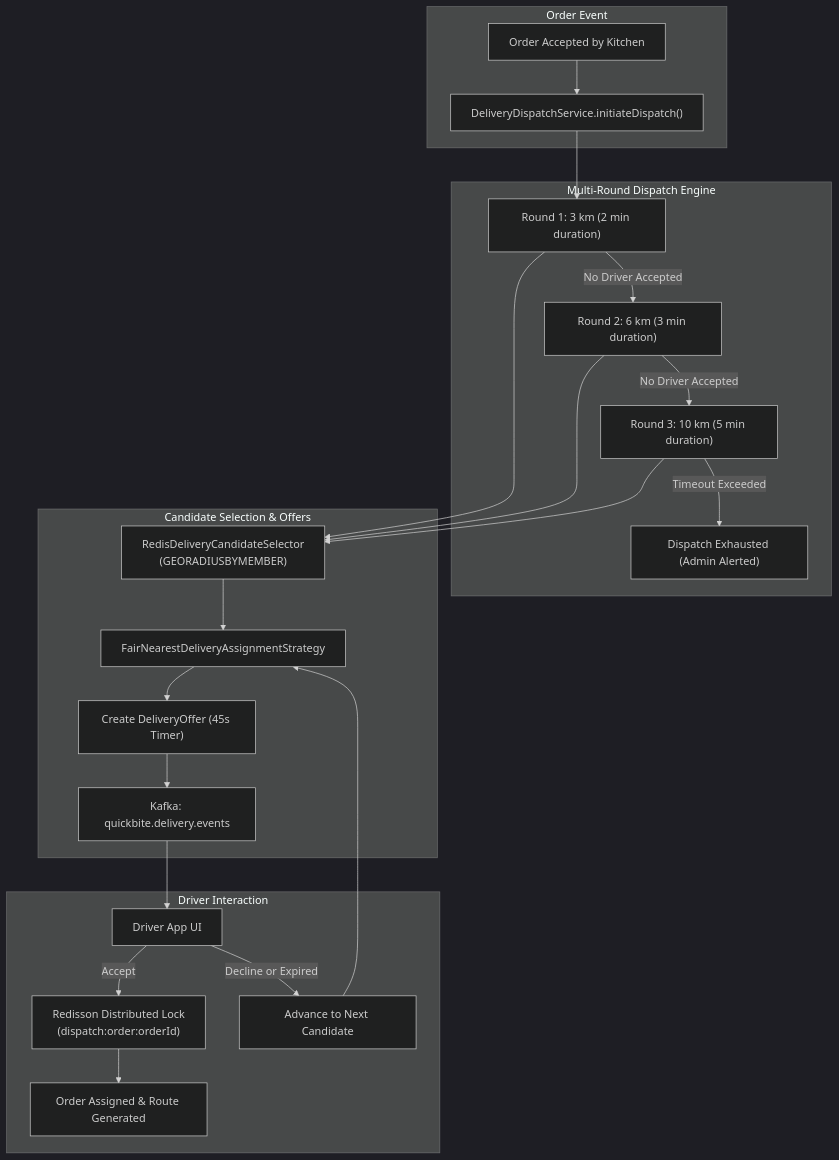
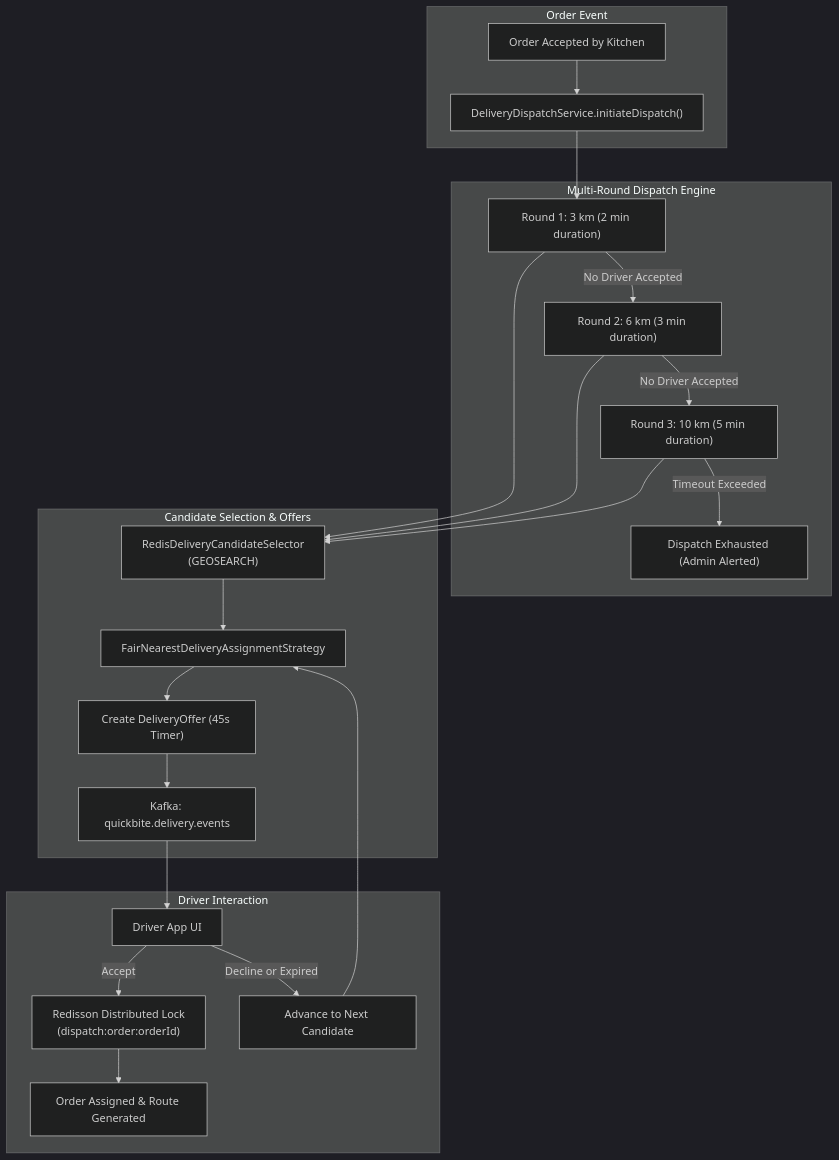
The first of 3 diagrams in docs/dispatch-and-routing.md (eshant52/quickbite-backend), drawn with Mermaid (dark theme) before and after one commit. The commit also changed other lines of this file and 36 other files, not shown here.

First line of the commit message:
docs: update architecture guides, benchmark tooling, and Postman collections

````diff
--- a/docs/dispatch-and-routing.md
+++ b/docs/dispatch-and-routing.md
@@ -11,28 +11,28 @@
 ```mermaid
 flowchart TB
     subgraph OrderFlow["Order Event"]
         Accepted["Order Accepted by Kitchen"] --> DispatchTrigger["DeliveryDispatchService.initiateDispatch()"]
     end
 
     subgraph DispatchEngine["Multi-Round Dispatch Engine"]
         DispatchTrigger --> Round1["Round 1: 3 km (2 min duration)"]
         Round1 -->|No Driver Accepted| Round2["Round 2: 6 km (3 min duration)"]
         Round2 -->|No Driver Accepted| Round3["Round 3: 10 km (5 min duration)"]
         Round3 -->|Timeout Exceeded| Exhausted["Dispatch Exhausted (Admin Alerted)"]
     end
 
     subgraph CandidateSelection["Candidate Selection & Offers"]
-        Round1 & Round2 & Round3 --> CandidateSelector["RedisDeliveryCandidateSelector<br/>(GEORADIUSBYMEMBER)"]
+        Round1 & Round2 & Round3 --> CandidateSelector["RedisDeliveryCandidateSelector<br/>(GEOSEARCH)"]
         CandidateSelector --> AssignStrategy["FairNearestDeliveryAssignmentStrategy"]
         AssignStrategy --> OfferCreated["Create DeliveryOffer (45s Timer)"]
         OfferCreated --> DriverNotification["Kafka: quickbite.delivery.events"]
     end
 
     subgraph DriverAction["Driver Interaction"]
         DriverNotification --> DriverApp["Driver App UI"]
         DriverApp -->|Accept| RedissonLock["Redisson Distributed Lock<br/>(dispatch:order:orderId)"]
         DriverApp -->|Decline or Expired| NextCandidate["Advance to Next Candidate"]
         NextCandidate --> AssignStrategy
         RedissonLock --> Assigned["Order Assigned & Route Generated"]
     end
 ```
````
